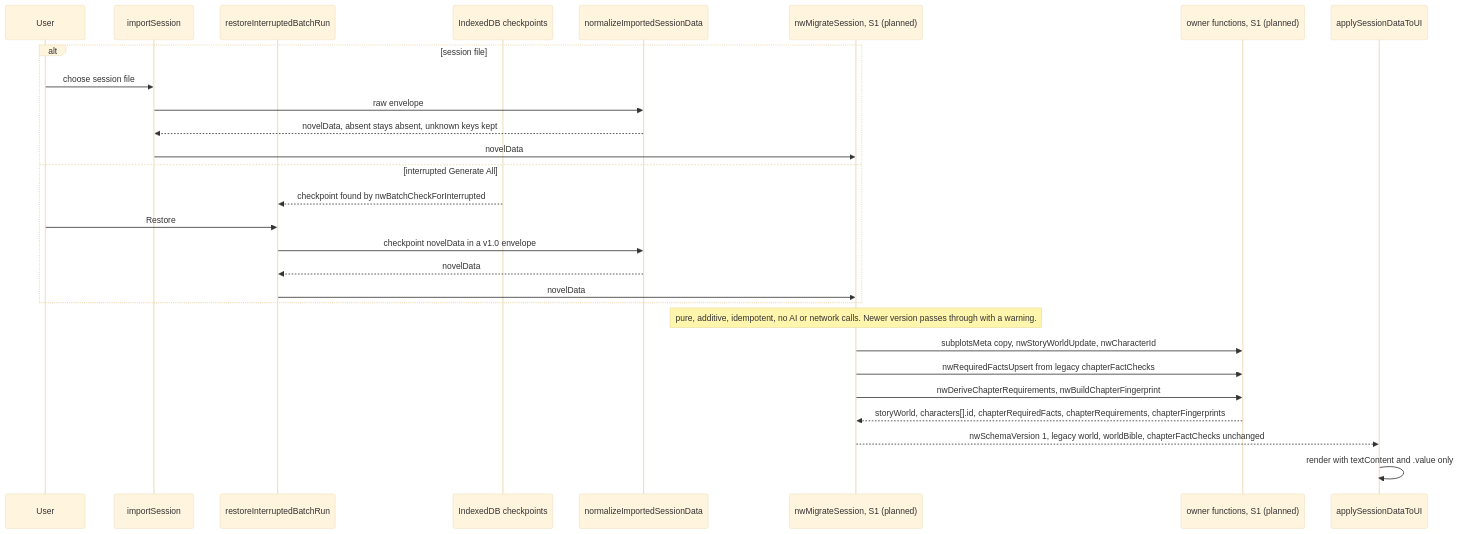
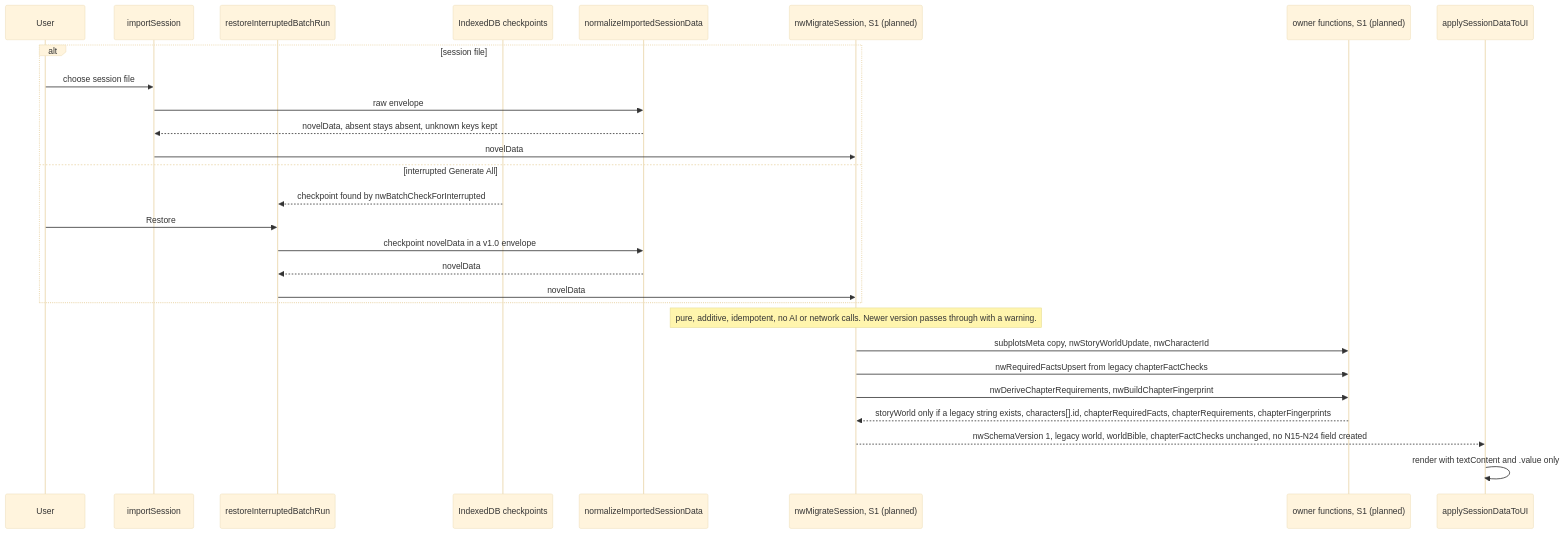
The eighth of 8 diagrams in NovelWriter/docs/ARCHITECTURE.md (bnorth12/AI-Book-Tools), drawn with Mermaid (base theme) before and after one commit. The commit also changed other lines of this file, not shown here.

Commit message:
A1 docs: ARCHITECTURE.md v5 (N15-N24 from Fiction)

````diff
--- a/NovelWriter/docs/ARCHITECTURE.md
+++ b/NovelWriter/docs/ARCHITECTURE.md
@@ -528,30 +597,30 @@
 ```mermaid
 sequenceDiagram
     participant U as User
     participant I as importSession
     participant RB as restoreInterruptedBatchRun
     participant IDB as IndexedDB checkpoints
     participant N as normalizeImportedSessionData
     participant M as nwMigrateSession, S1 (planned)
     participant O as owner functions, S1 (planned)
     participant A as applySessionDataToUI
     alt session file
         U->>I: choose session file
         I->>N: raw envelope
         N-->>I: novelData, absent stays absent, unknown keys kept
         I->>M: novelData
     else interrupted Generate All
         IDB-->>RB: checkpoint found by nwBatchCheckForInterrupted
         U->>RB: Restore
         RB->>N: checkpoint novelData in a v1.0 envelope
         N-->>RB: novelData
         RB->>M: novelData
     end
     Note over M: pure, additive, idempotent, no AI or network calls. Newer version passes through with a warning.
     M->>O: subplotsMeta copy, nwStoryWorldUpdate, nwCharacterId
     M->>O: nwRequiredFactsUpsert from legacy chapterFactChecks
     M->>O: nwDeriveChapterRequirements, nwBuildChapterFingerprint
-    O-->>M: storyWorld, characters[].id, chapterRequiredFacts, chapterRequirements, chapterFingerprints
-    M-->>A: nwSchemaVersion 1, legacy world, worldBible, chapterFactChecks unchanged
+    O-->>M: storyWorld only if a legacy string exists, characters[].id, chapterRequiredFacts, chapterRequirements, chapterFingerprints
+    M-->>A: nwSchemaVersion 1, legacy world, worldBible, chapterFactChecks unchanged, no N15-N24 field created
     A->>A: render with textContent and .value only
 ```
````
